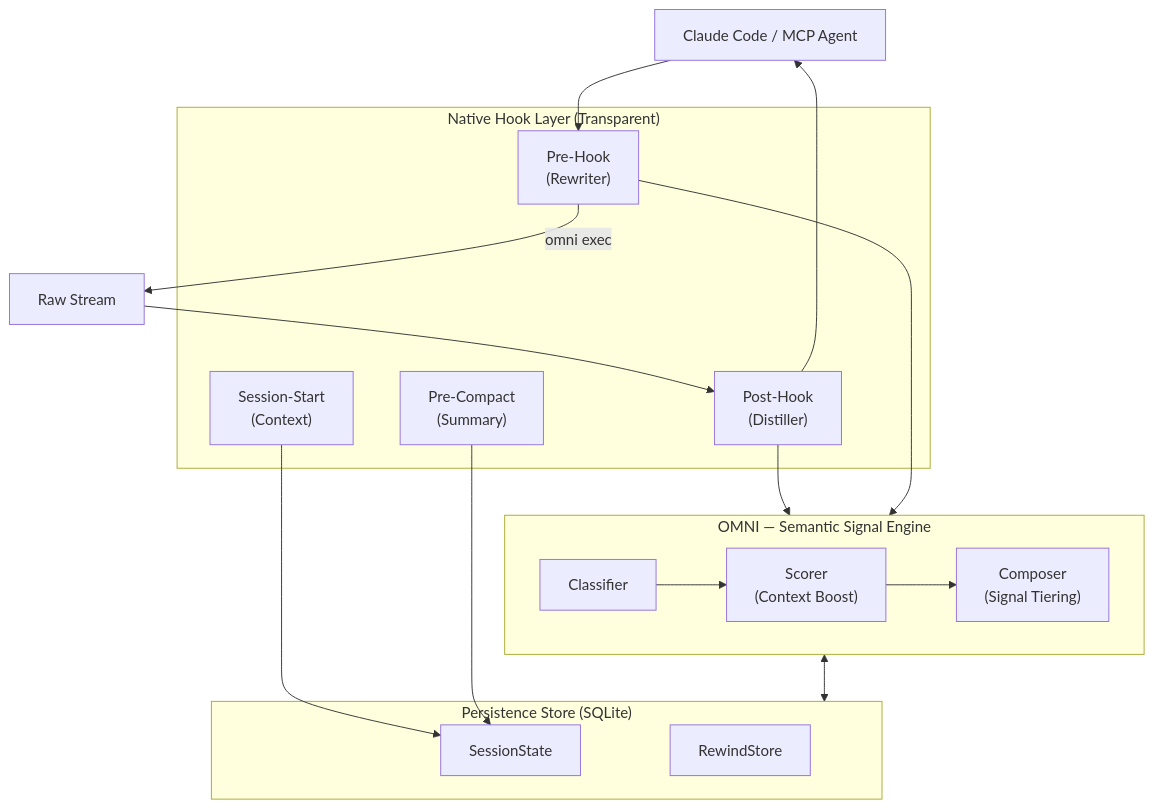
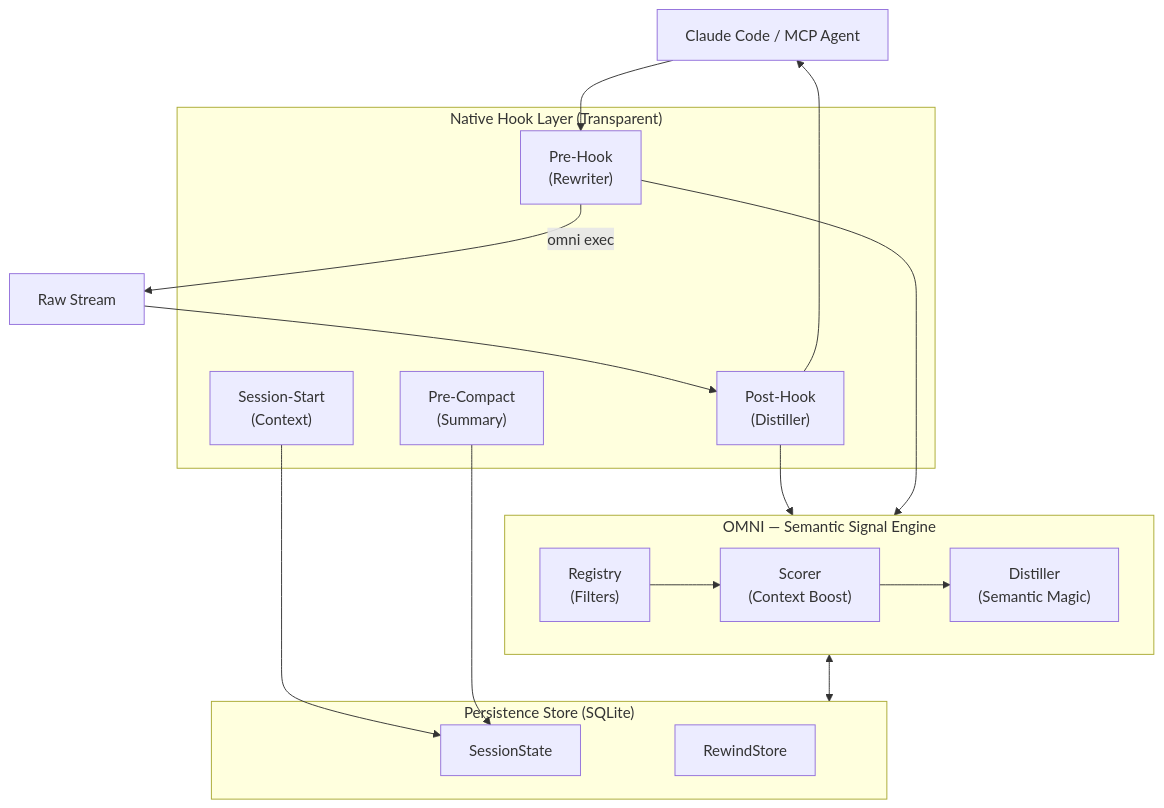
The diagram in README.md (fajarhide/omni), drawn with Mermaid before and after one commit. The commit also changed other lines of this file and 5 other files, not shown here.

Commit message:
feat: implement Command-First architecture, automatic pipe detection, and configurable token pricing in v0.5.6-rc1

````diff
--- a/README.md
+++ b/README.md
@@ -67,36 +67,36 @@
 ```mermaid
 flowchart TB
     Agent["Claude Code / MCP Agent"]
     
     subgraph Hooks["Native Hook Layer (Transparent)"]
         Pre["Pre-Hook\n(Rewriter)"]
         Post["Post-Hook\n(Distiller)"]
         Sess["Session-Start\n(Context)"]
         Comp["Pre-Compact\n(Summary)"]
     end
 
     Agent --> Pre
     Pre -->|"omni exec"| Output["Raw Stream"]
     Output --> Post
     Post --> Agent
 
     subgraph OMNI_Engine["OMNI — Semantic Signal Engine"]
         direction LR
-        C["Classifier"]
+        R["Registry\n(Filters)"]
         S["Scorer\n(Context Boost)"]
-        R["Composer\n(Signal Tiering)"]
-        C --> S --> R
+        D["Distiller\n(Semantic Magic)"]
+        R --> S --> D
     end
 
     Post --> OMNI_Engine
     Pre --> OMNI_Engine
     
     subgraph Persistence["Persistence Store (SQLite)"]
         ST["SessionState"]
         RW["RewindStore"]
     end
 
     OMNI_Engine <--> Persistence
     Sess --> ST
     Comp --> ST
 ```
````
